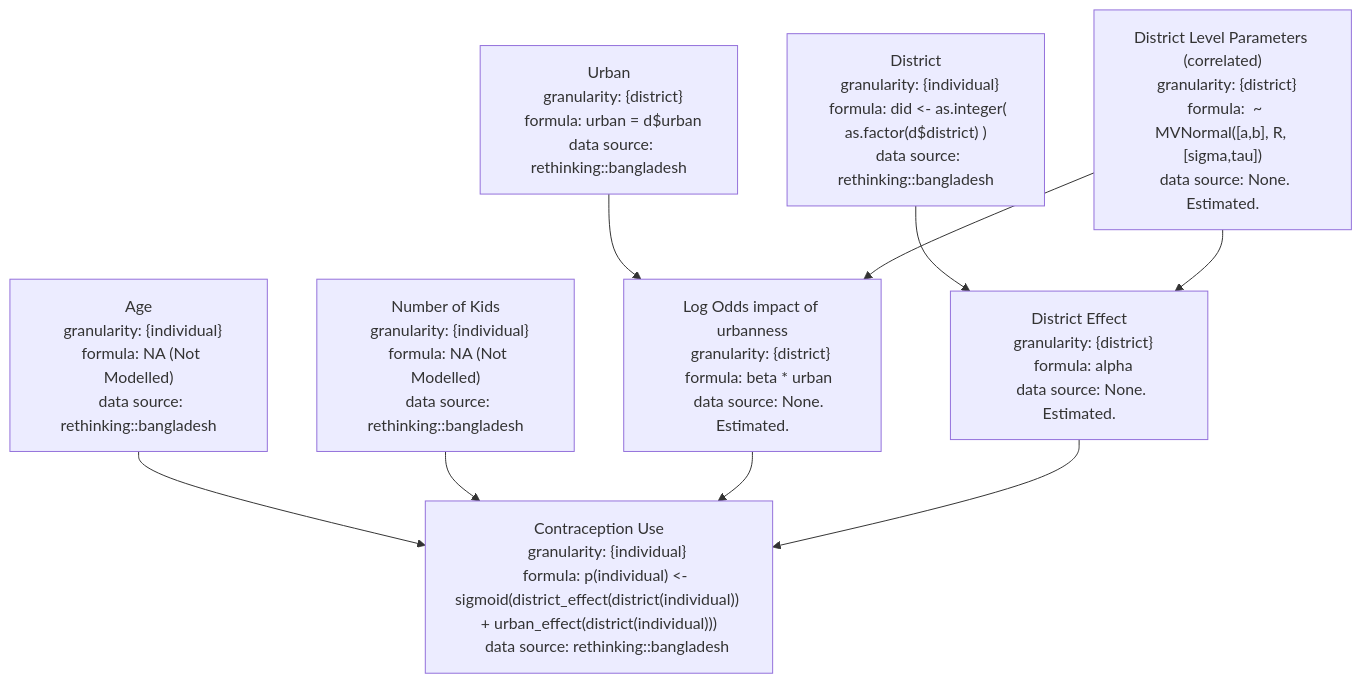
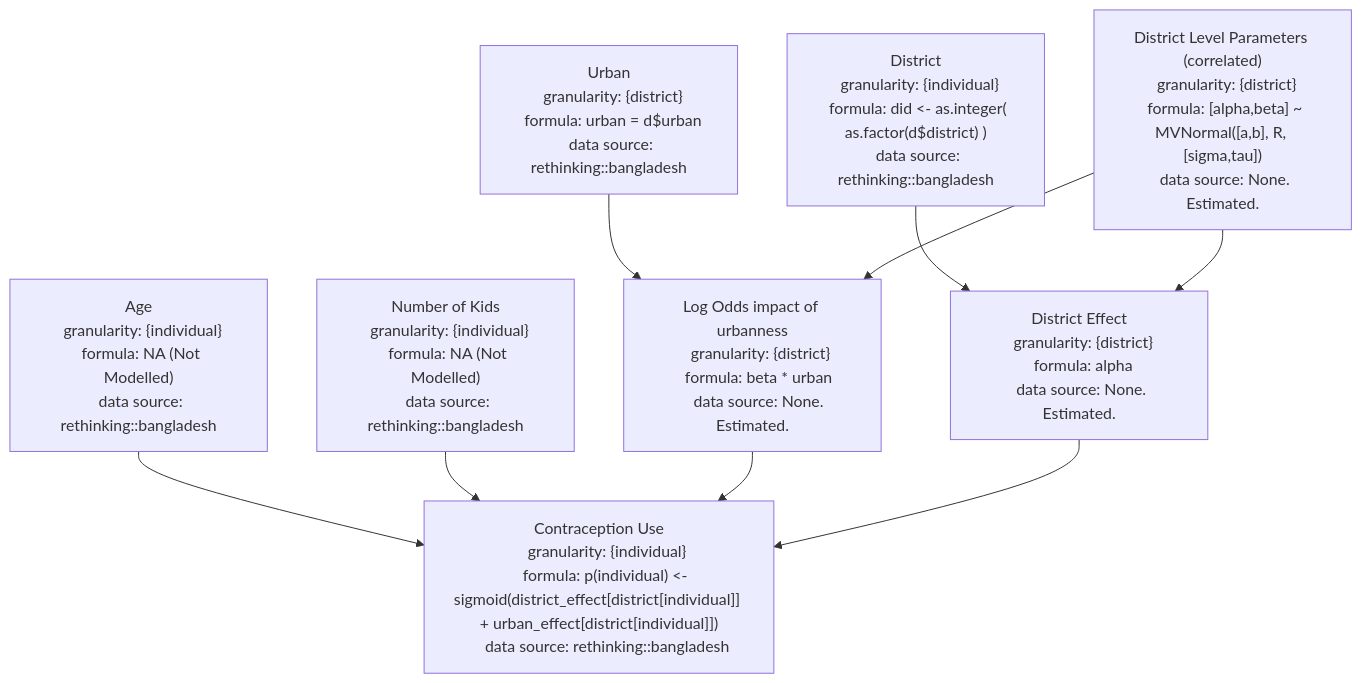
Before and after one commit to PatrickRobotham/causal-dag-notation: the diagram in README.md, drawn with Mermaid.

````diff
--- a/README.md
+++ b/README.md
@@ -36,65 +36,65 @@
 ```mermaid
 flowchart TD
   age["
   Age
   granularity: {individual}
   formula: NA (Not Modelled)
   data source: rethinking::bangladesh
   "]
   kids["
   Number of Kids
   granularity: {individual}
   formula: NA (Not Modelled)
   data source: rethinking::bangladesh 
   "]
   district["
   District
   granularity: {individual}
   formula: did <- as.integer( as.factor(d$district) )
   data source: rethinking::bangladesh 
   "]
   urban["
   Urban
   granularity: {district}
   formula: urban = d$urban
   data source: rethinking::bangladesh
   "]
   correlated_effects["
   District Level Parameters (correlated)
   granularity: {district}
-  formula: <alpha,beta> ~ MVNormal([a,b], R, [sigma,tau])
+  formula: [alpha,beta] ~ MVNormal([a,b], R, [sigma,tau])
   data source: None. Estimated.
   "]
   district_effect["
   District Effect
   granularity: {district}
   formula: alpha
   data source: None. Estimated.
   "]
   urban_effect["
     Log Odds impact of urbanness
     granularity: {district}
     formula: beta * urban 
     data source: None. Estimated.
   "]
   contraception["
     Contraception Use
     granularity: {individual}
-    formula: p(individual) <- sigmoid(district_effect(district(individual)) + urban_effect(district(individual)))
+    formula: p(individual) <- sigmoid(district_effect[district[individual]] + urban_effect[district[individual]])
     data source: rethinking::bangladesh
   "]
 
   age --> contraception
   kids --> contraception
   urban --> urban_effect --> contraception
   district --> district_effect --> contraception
   correlated_effects --> urban_effect
   correlated_effects --> district_effect
   
 
   
   
   
 
 
 ```
````
